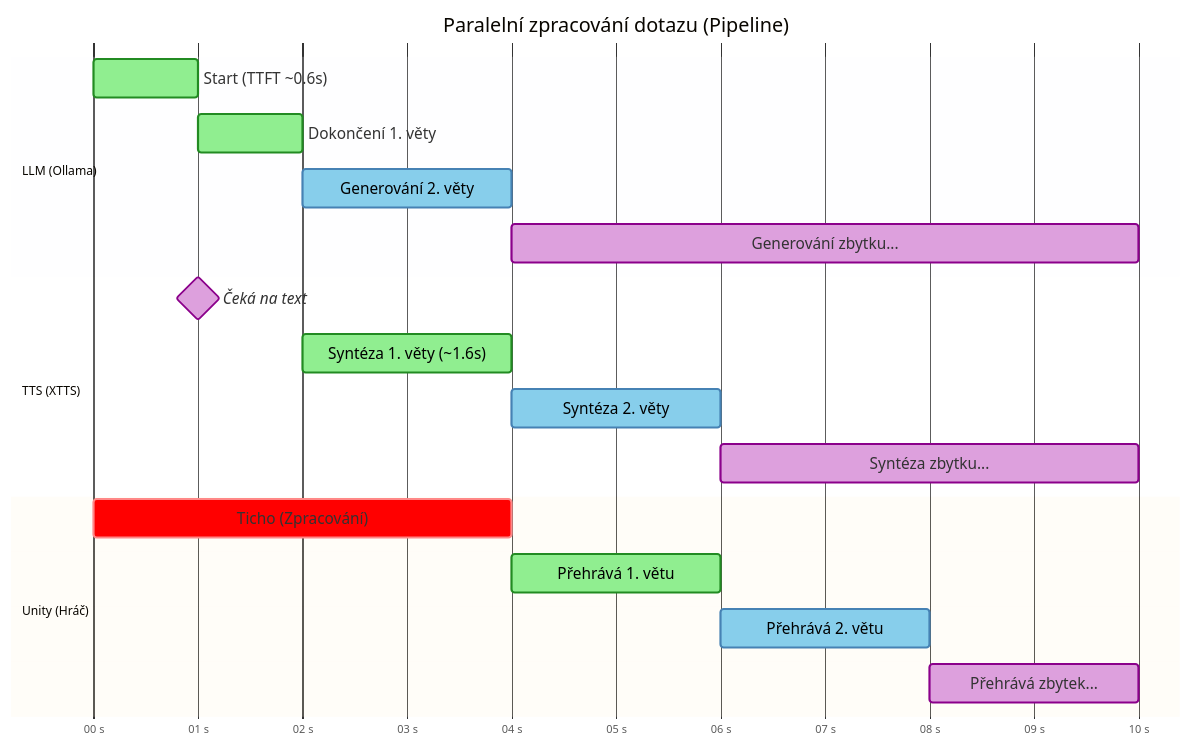
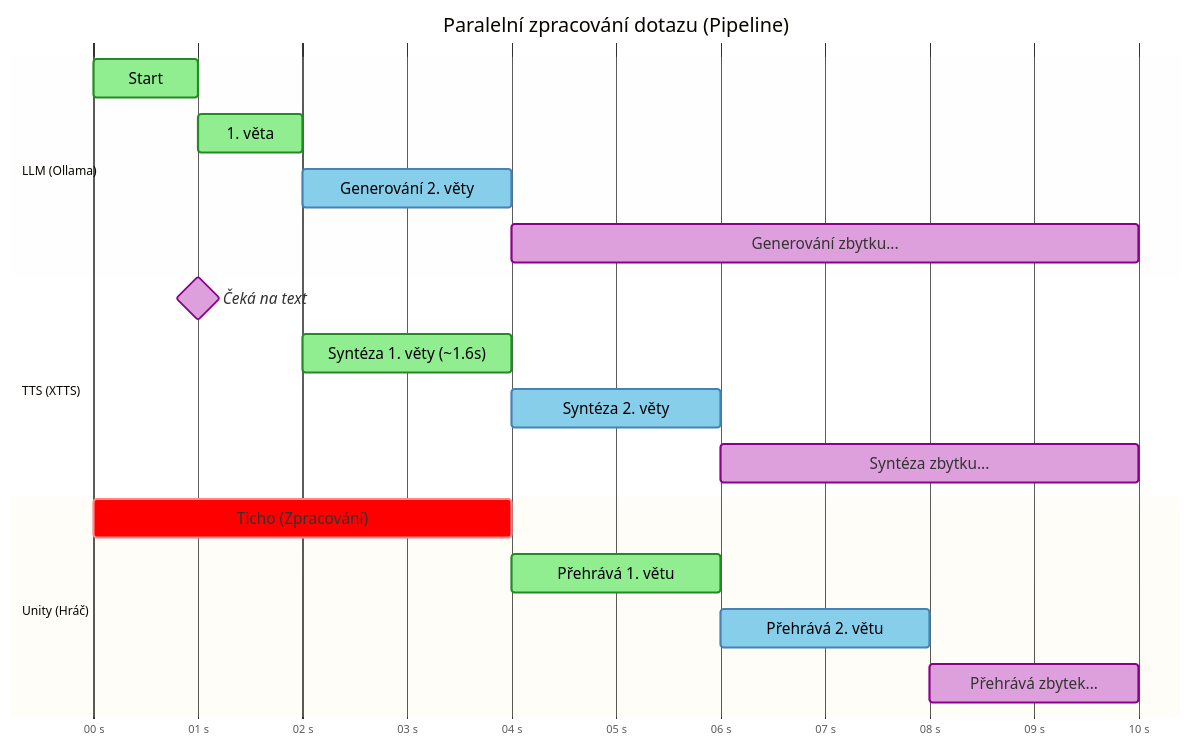
One commit to FrantisekPetricek/PraxeProjekt changed the second of 2 diagrams in README.md. Above: the diagram before and after it, drawn with Mermaid.

Commit message:
README upate

````diff
--- a/README.md
+++ b/README.md
@@ -78,38 +78,38 @@
 ```mermaid
 %%{init: {
   'theme': 'base',
   'themeVariables': {
     'doneTaskBkgColor': '#90EE90', 'doneTaskBorderColor': '#228B22',
     'activeTaskBkgColor': '#87CEEB', 'activeTaskBorderColor': '#4682B4',
     'critTaskBkgColor': '#FF6347', 'critTaskBorderColor': '#B22222',
     'taskBkgColor': '#DDA0DD', 'taskBorderColor': '#8B008B',
     'milestoneBkgColor': '#DDA0DD', 'milestoneBorderColor': '#8B008B',
     'taskTextDarkColor': '#000000', 'taskTextLightColor': '#000000'
   },
   'gantt': {
     'barHeight': 35, 'barGap': 15, 'fontSize': 14
   }
 }}%%
 gantt
     title Paralelní zpracování dotazu (Pipeline)
     dateFormat  s
     axisFormat  %S s
     
     section LLM (Ollama)
-    Start (TTFT ~0.6s)     :done, llm1, 0, 1
-    Dokončení 1. věty      :done, llm2, 1, 2
+    Start                  :done, llm1, 0, 1
+    1. věta                :done, llm2, 1, 2
     Generování 2. věty     :active, llm3, 2, 4
     Generování zbytku...   :llm4, 4, 10
     
     section TTS (XTTS)
     Čeká na text           :milestone, 0, 2
     Syntéza 1. věty (~1.6s):done, tts1, 2, 4
     Syntéza 2. věty        :active, tts2, 4, 6
     Syntéza zbytku...      :tts3, 6, 10
     
     section Unity (Hráč)
     Ticho (Zpracování)     :crit, u1, 0, 4
     Přehrává 1. větu       :done, u2, 4, 6
     Přehrává 2. větu       :active, u3, 6, 8
     Přehrává zbytek...     :u4, 8, 10
 ```
````
